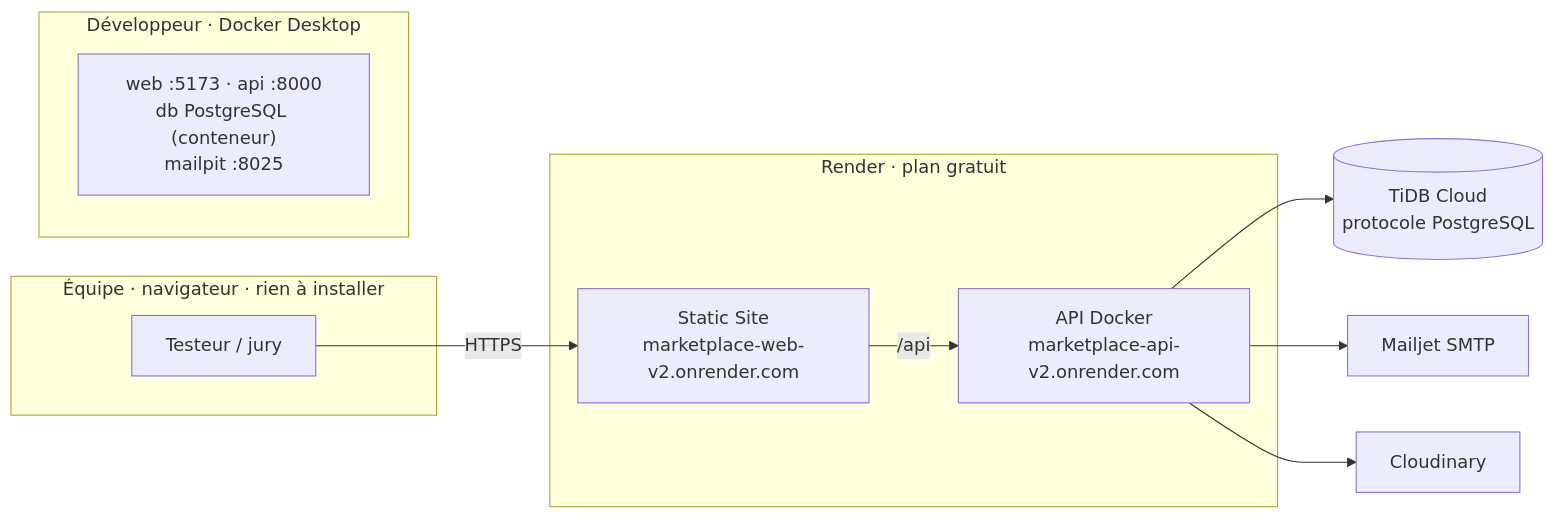
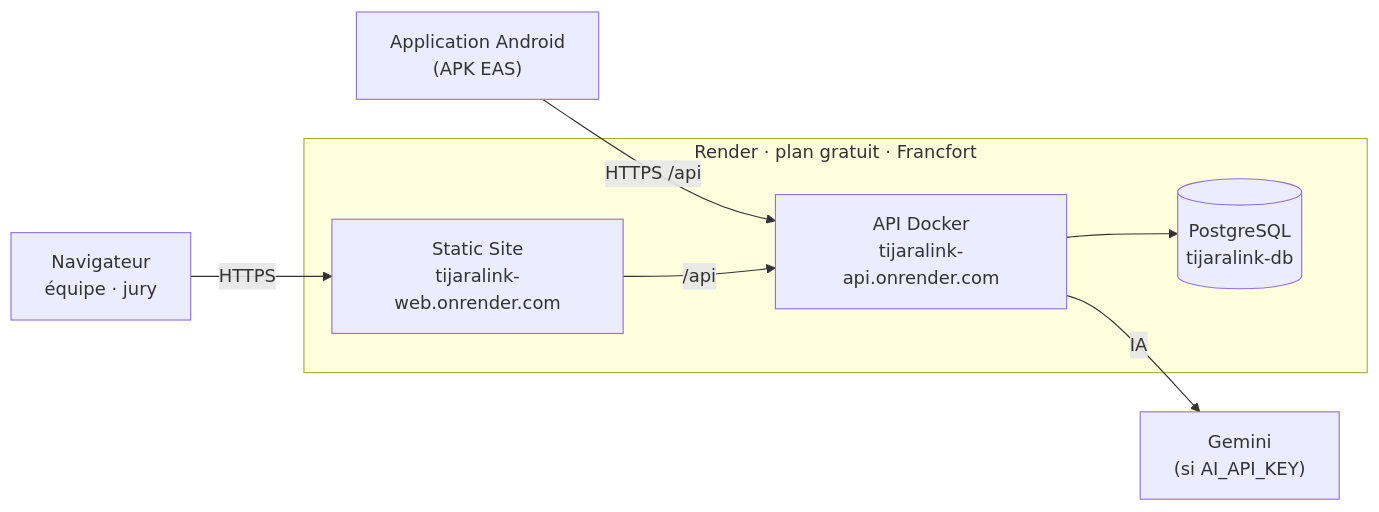
One commit to obaid-ba/marketplace-b2b changed the first of 2 diagrams in README.md. Above: the diagram before and after it, drawn with Mermaid. The commit also changed other lines of this file and 4 other files, not shown here.

Commit message:
Déploiement : ne garder que render.tijaralink.yaml, adresses TijaraLink dans le README et la documentation

````diff
--- a/README.md
+++ b/README.md
@@ -146,25 +211,15 @@
 ```mermaid
 flowchart LR
-  subgraph Equipe["Équipe · navigateur · rien à installer"]
-    T["Testeur / jury"]
+  T["Navigateur<br/>équipe · jury"] -->|"HTTPS"| WEB
+  M["Application Android<br/>(APK EAS)"] -->|"HTTPS /api"| API
+
+  subgraph Render["Render · plan gratuit · Francfort"]
+    WEB["Static Site<br/>tijaralink-web.onrender.com"]
+    API["API Docker<br/>tijaralink-api.onrender.com"]
+    DB[("PostgreSQL<br/>tijaralink-db")]
   end
 
-  subgraph Dev["Développeur · Docker Desktop"]
-    DV["web :5173 · api :8000<br/>db PostgreSQL (conteneur)<br/>mailpit :8025"]
-  end
-
-  subgraph Prod["Render · plan gratuit"]
-    WEB["Static Site<br/>marketplace-web-v2.onrender.com"]
-    API["API Docker<br/>marketplace-api-v2.onrender.com"]
-  end
-
-  DB[("TiDB Cloud<br/>protocole PostgreSQL")]
-  MJ["Mailjet SMTP"]
-  CL["Cloudinary"]
-
-  T -->|"HTTPS"| WEB
   WEB -->|"/api"| API
   API --> DB
-  API --> MJ
-  API --> CL
+  API -->|"IA"| G["Gemini<br/>(si AI_API_KEY)"]
 ```
````
